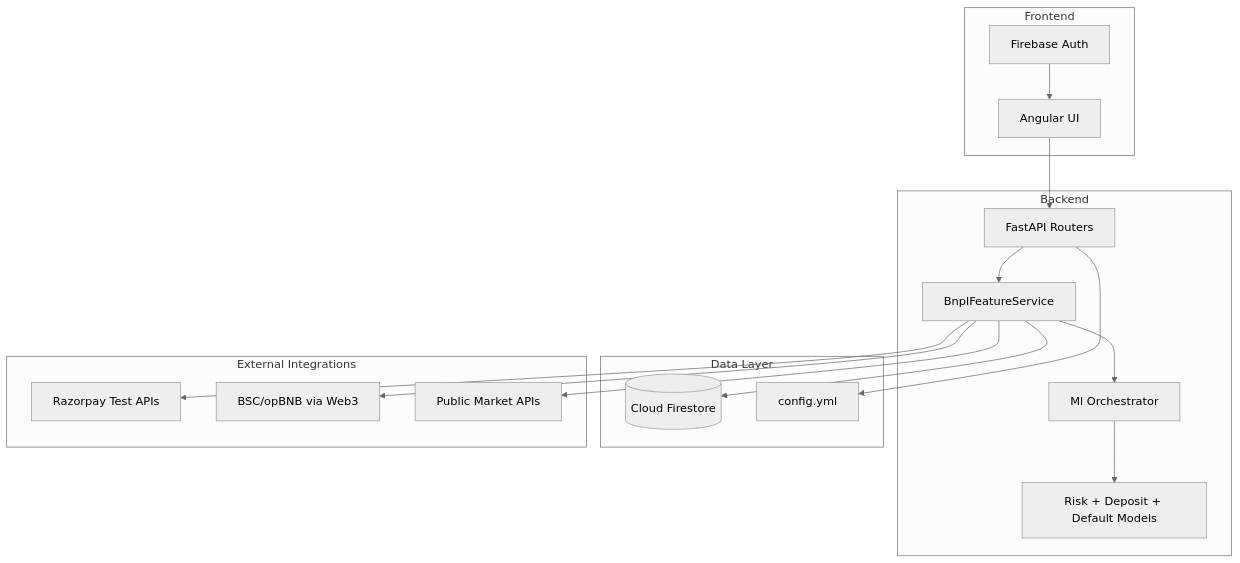
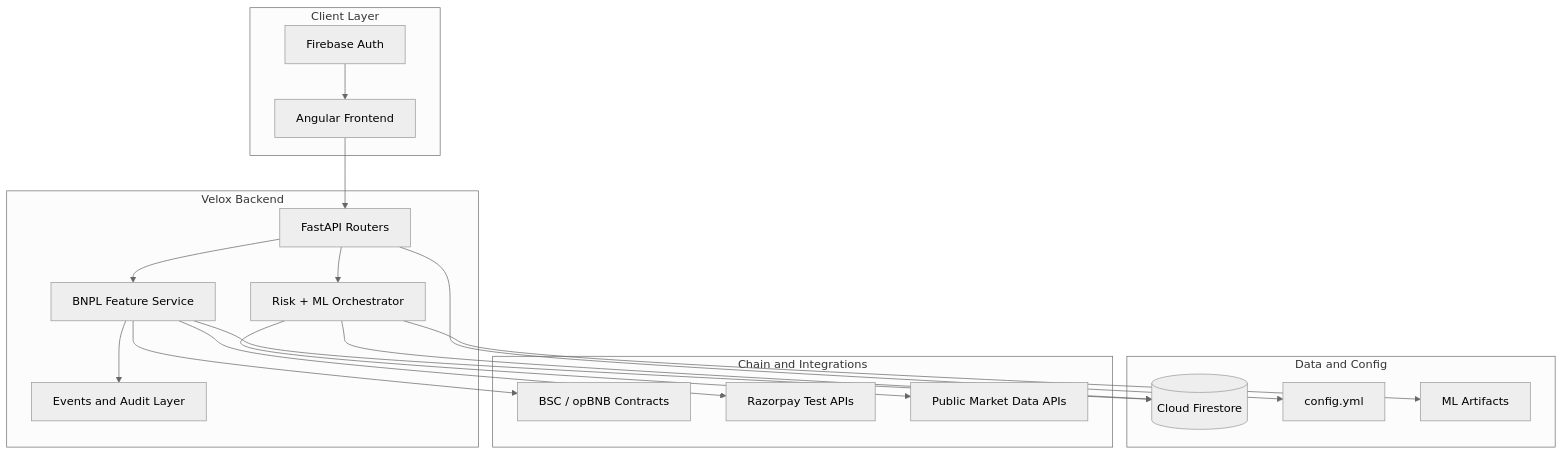
One commit to RAJARISHIB/Ping-Masters changed the second of 2 diagrams in README.md. Above: the diagram before and after it, drawn with Mermaid (neutral theme). The commit also changed other lines of this file, not shown here.

````diff
--- a/README.md
+++ b/README.md
@@ -89,36 +132,39 @@
 ```mermaid
 flowchart TB
-    subgraph FE[Frontend]
-        UI[Angular UI]
-        FBAuth[Firebase Auth]
+    subgraph Client[Client Layer]
+        UI[Angular Frontend]
+        AUTH[Firebase Auth]
     end
 
-    subgraph BE[Backend]
-        API[FastAPI Routers]
-        BNPL[BnplFeatureService]
-        MLO[Ml Orchestrator]
-        Models[Risk + Deposit + Default Models]
+    subgraph API[Velox Backend]
+        ROUTERS[FastAPI Routers]
+        BNPL[BNPL Feature Service]
+        RISK[Risk + ML Orchestrator]
+        LEDGER[Events and Audit Layer]
     end
 
-    subgraph DATA[Data Layer]
-        FS[(Cloud Firestore)]
+    subgraph Data[Data and Config]
+        FIRE[(Cloud Firestore)]
         CFG[config.yml]
+        MLART[ML Artifacts]
     end
 
-    subgraph EXT[External Integrations]
+    subgraph ChainAndExternal[Chain and Integrations]
+        BNB[BSC / opBNB Contracts]
         RZP[Razorpay Test APIs]
-        WEB3[BSC/opBNB via Web3]
-        MKT[Public Market APIs]
+        MKT[Public Market Data APIs]
     end
 
-    FBAuth --> UI
-    UI --> API
-    API --> BNPL
-    BNPL --> FS
-    BNPL --> MLO
-    MLO --> Models
+    AUTH --> UI
+    UI --> ROUTERS
+    ROUTERS --> BNPL
+    ROUTERS --> RISK
+    BNPL --> FIRE
+    RISK --> FIRE
+    RISK --> MLART
+    BNPL --> LEDGER
+    BNPL --> BNB
     BNPL --> RZP
-    BNPL --> WEB3
-    BNPL --> MKT
-    API --> CFG
+    RISK --> MKT
+    ROUTERS --> CFG
 ```
````
